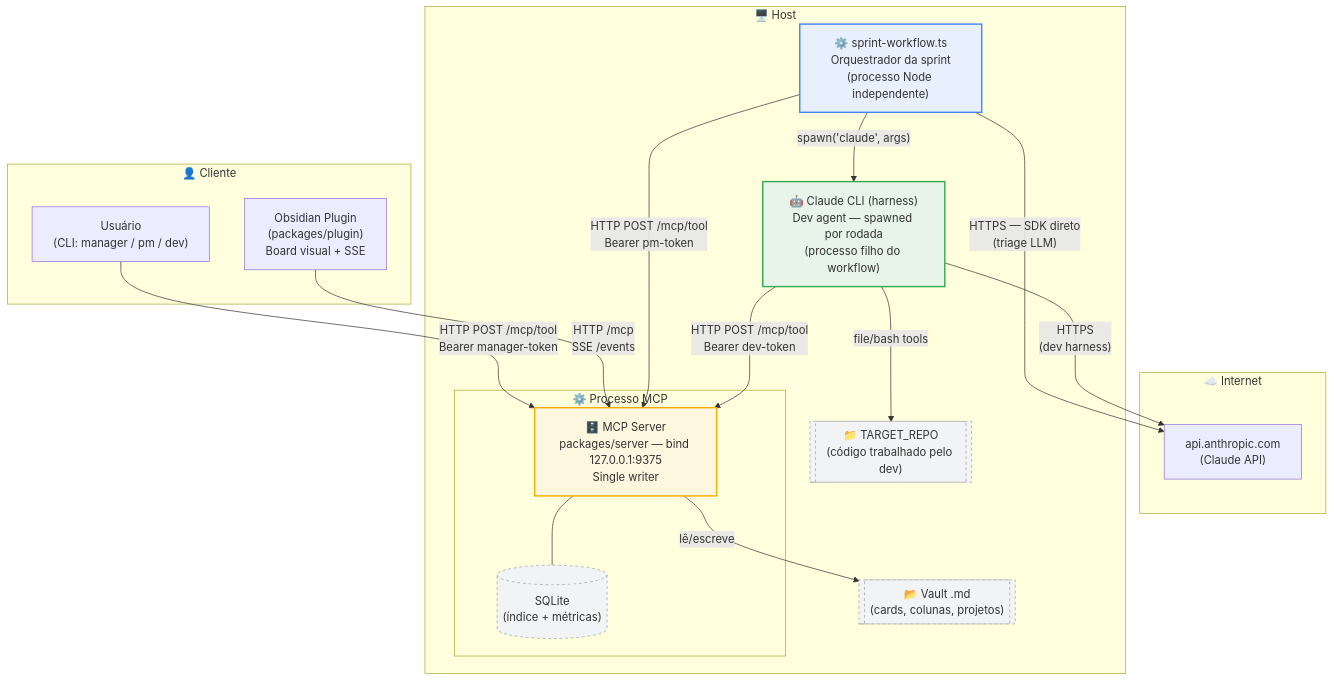
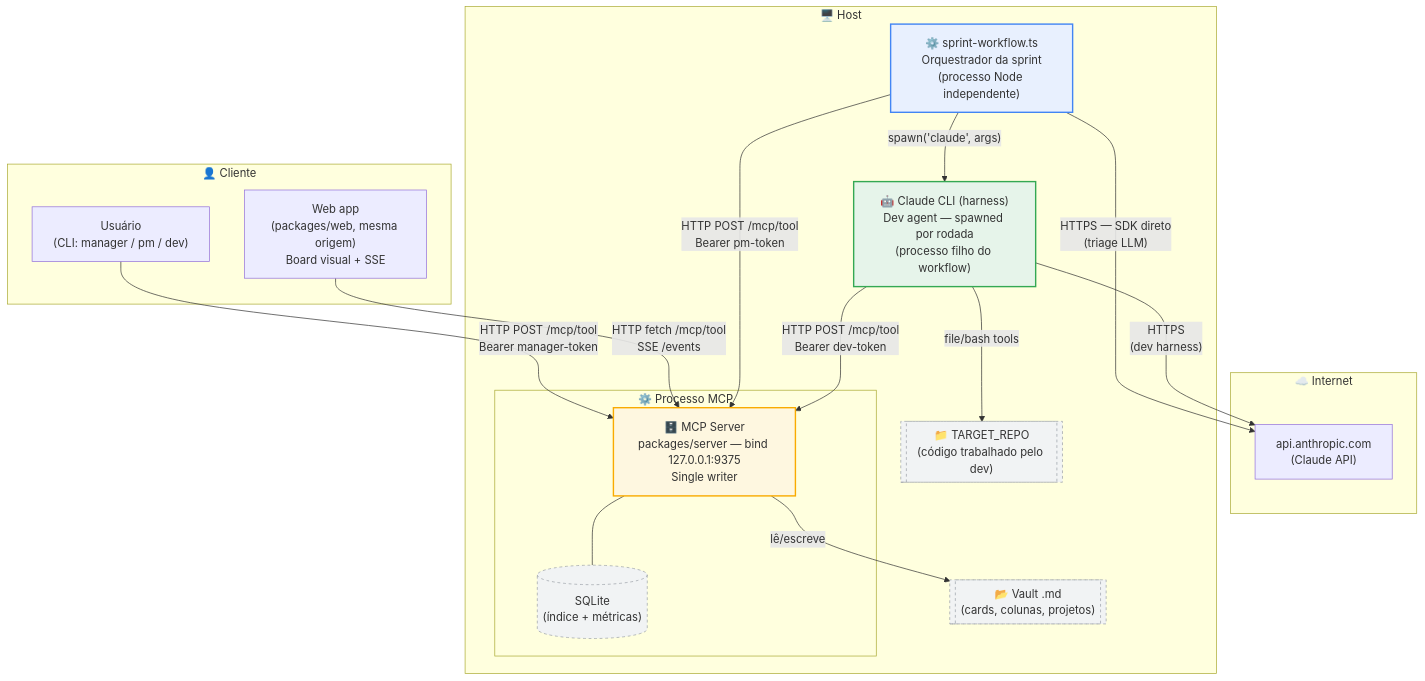
The second of 9 diagrams in docs/for-developers/architecture.md (kauelopes/obsidianban), drawn with Mermaid before and after one commit. The commit also changed other lines of this file and 56 other files, not shown here.

First line of the commit message:
feat: fase 5 — desligamento do plugin Obsidian

````diff
--- a/docs/for-developers/architecture.md
+++ b/docs/for-developers/architecture.md
@@ -54,43 +53,43 @@
 ```mermaid
 flowchart TB
     subgraph internet["☁️ Internet"]
         CLAUDE_API["api.anthropic.com\n(Claude API)"]
     end
 
     subgraph host["🖥️ Host"]
         subgraph process_mcp["⚙️ Processo MCP"]
             SRV["🗄️ MCP Server\npackages/server — bind 127.0.0.1:9375\nSingle writer"]
             DB[("SQLite\n(índice + métricas)")]
             SRV --- DB
         end
 
         WF["⚙️ sprint-workflow.ts\nOrquestrador da sprint\n(processo Node independente)"]
         CLI["🤖 Claude CLI (harness)\nDev agent — spawned por rodada\n(processo filho do workflow)"]
         VAULT[["📂 Vault .md\n(cards, colunas, projetos)"]]
         REPO[["📁 TARGET_REPO\n(código trabalhado pelo dev)"]]
     end
 
     subgraph client["👤 Cliente"]
-        OBS["Obsidian Plugin\n(packages/plugin)\nBoard visual + SSE"]
+        WEB["Web app\n(packages/web, mesma origem)\nBoard visual + SSE"]
         USER["Usuário\n(CLI: manager / pm / dev)"]
     end
 
     USER -->|"HTTP POST /mcp/tool\nBearer manager-token"| SRV
-    OBS -->|"HTTP /mcp\nSSE /events"| SRV
+    WEB -->|"HTTP fetch /mcp/tool\nSSE /events"| SRV
     WF -->|"HTTP POST /mcp/tool\nBearer pm-token"| SRV
     WF -->|"HTTPS — SDK direto\n(triage LLM)"| CLAUDE_API
     WF -->|"spawn('claude', args)"| CLI
     CLI -->|"HTTP POST /mcp/tool\nBearer dev-token"| SRV
     CLI -->|"HTTPS\n(dev harness)"| CLAUDE_API
     CLI -->|"file/bash tools"| REPO
     SRV -->|"lê/escreve"| VAULT
 
     classDef srv fill:#fef7e0,stroke:#f9ab00,stroke-width:2px
     classDef wf fill:#e8f0fe,stroke:#4285f4,stroke-width:2px
     classDef cli fill:#e6f4ea,stroke:#34a853,stroke-width:2px
     classDef ext fill:#f1f3f4,stroke:#9aa0a6,stroke-width:1px,stroke-dasharray:4 4
     class SRV srv
     class WF wf
     class CLI cli
     class VAULT,REPO,DB ext
 ```
````
